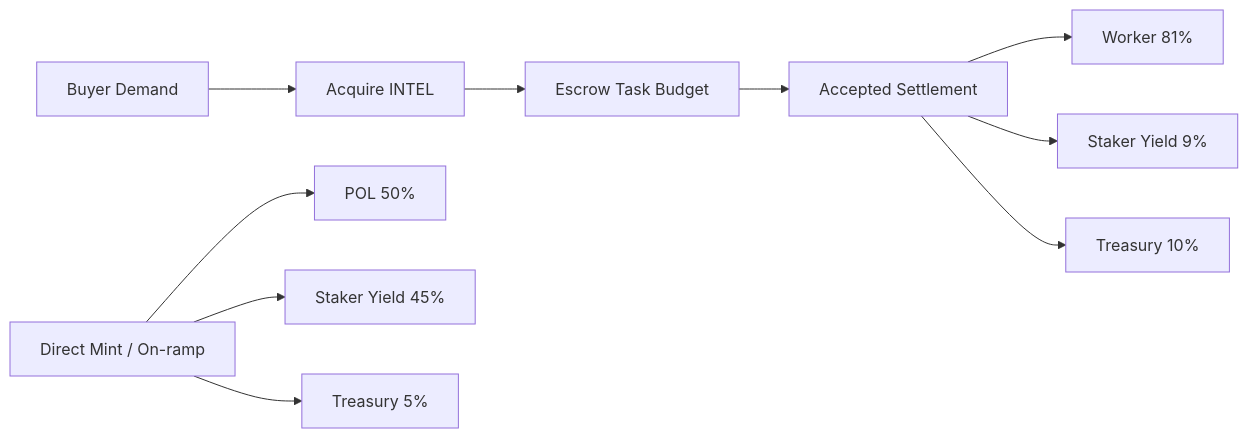
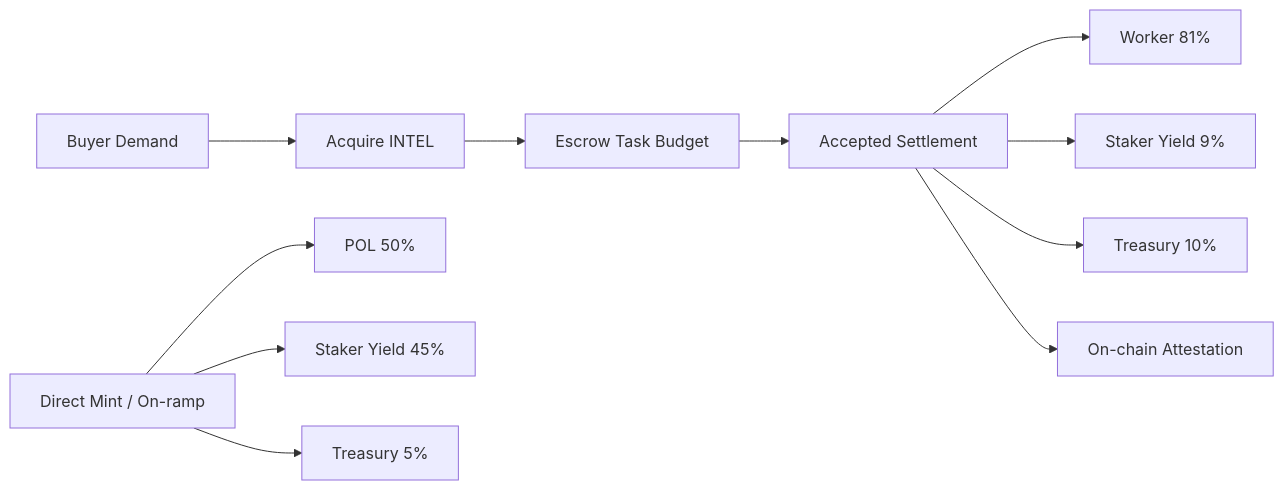
The diagram in docs/CANONICAL_PRODUCT_OVERVIEW.md (chimera-defi/ethglobal-cannes-2026-intelligence-exchange), drawn with Mermaid before and after one commit. The commit also changed other lines of this file and 3 other files, not shown here.

````diff
--- a/docs/CANONICAL_PRODUCT_OVERVIEW.md
+++ b/docs/CANONICAL_PRODUCT_OVERVIEW.md
@@ -48,13 +69,14 @@
 ```mermaid
 flowchart LR
   U[Buyer Demand] --> A[Acquire INTEL]
   A --> E[Escrow Task Budget]
   E --> R[Accepted Settlement]
   R --> W[Worker 81%]
   R --> S[Staker Yield 9%]
   R --> T[Treasury 10%]
+  R --> ATT[On-chain Attestation]
 
   M[Direct Mint / On-ramp] --> P[POL 50%]
   M --> Y[Staker Yield 45%]
   M --> Q[Treasury 5%]
 ```
````
